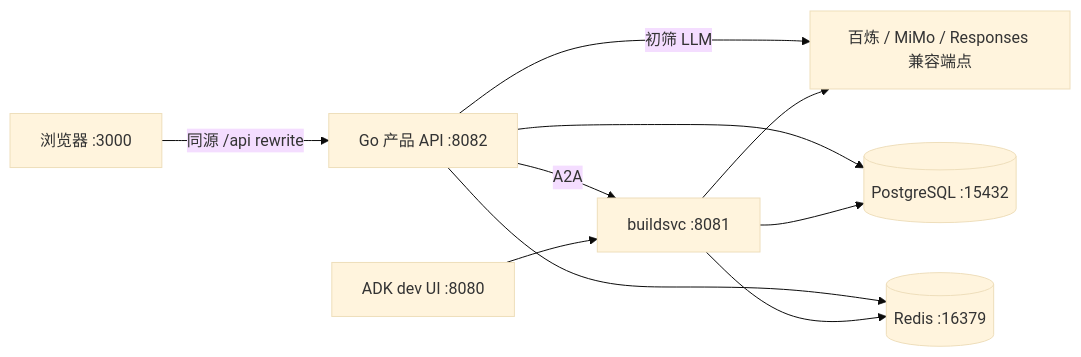
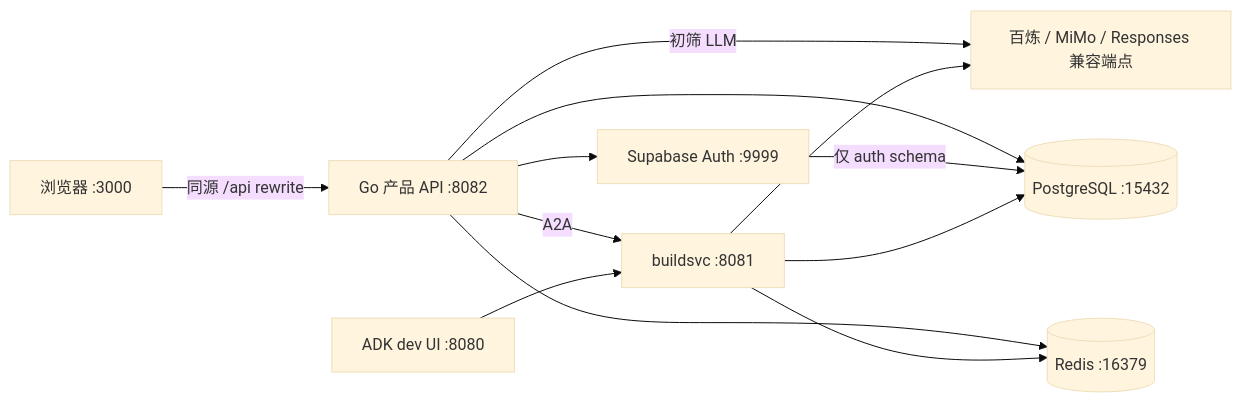
One commit to subaru-ye/pc-builder-agent changed the diagram in docs/ops/阶段1本地运行与部署准备.md. Above: the diagram before and after it, drawn with Mermaid (base theme). The commit also changed other lines of this file and 9 other files, not shown here.

````diff
--- a/docs/ops/阶段1本地运行与部署准备.md
+++ b/docs/ops/阶段1本地运行与部署准备.md
@@ -7,12 +7,14 @@
 ```mermaid
 flowchart LR
     Browser[浏览器 :3000] -->|同源 /api rewrite| API[Go 产品 API :8082]
     API -->|初筛 LLM| Provider[百炼 / MiMo / Responses 兼容端点]
     API -->|A2A| BuildSvc[buildsvc :8081]
     BuildSvc --> Provider
     API --> PG[(PostgreSQL :15432)]
     API --> Redis[(Redis :16379)]
+    API --> Auth[Supabase Auth :9999]
+    Auth -->|仅 auth schema| PG
     BuildSvc --> PG
     BuildSvc --> Redis
     DevUI[ADK dev UI :8080] --> BuildSvc
 ```
````
